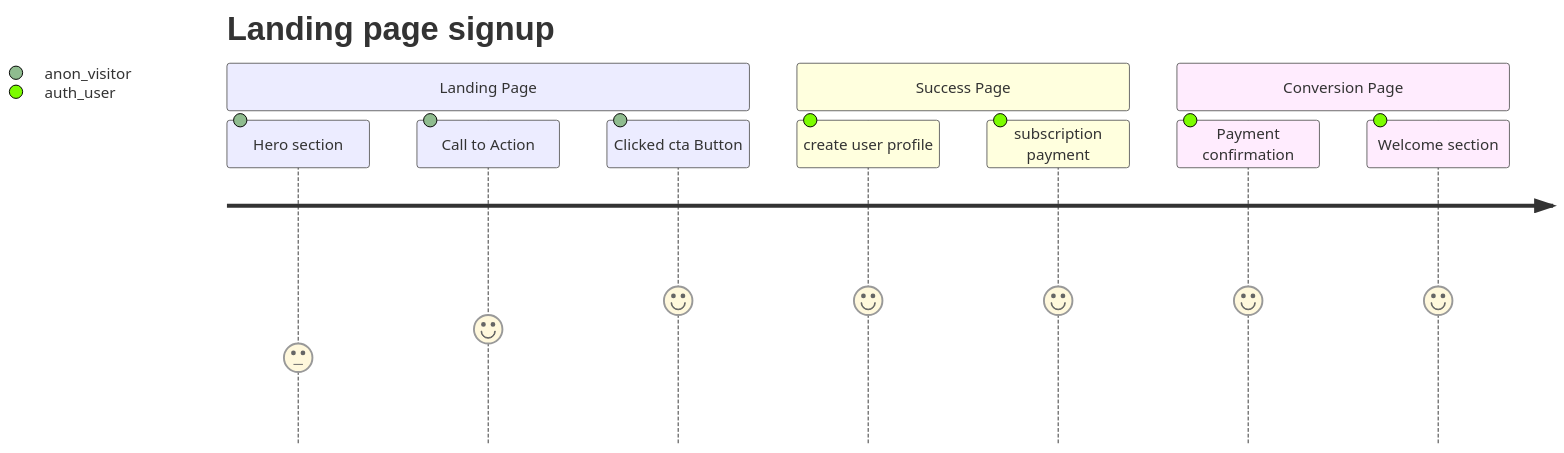
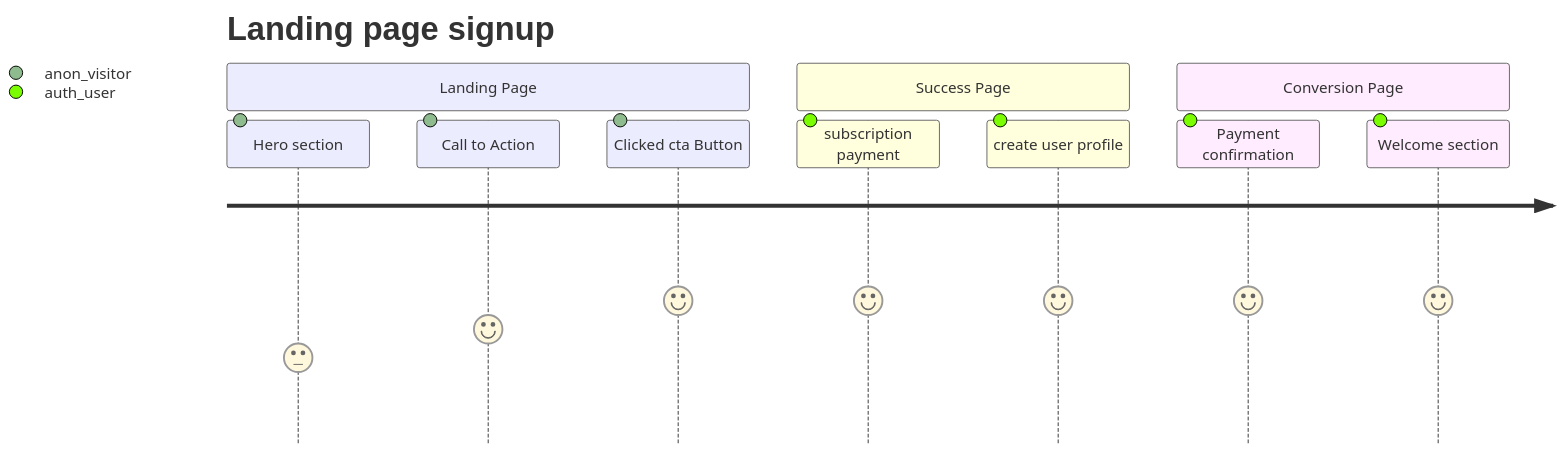
The second of 3 diagrams in README.md (WrappedUsername/doggy-decoder-jac), drawn with Mermaid before and after one commit. The commit also changed other lines of this file, not shown here.

````diff
--- a/README.md
+++ b/README.md
@@ -64,14 +64,14 @@
 ```mermaid
 journey
     title Landing page signup
     section Landing Page
         Hero section: 3: anon_visitor
         Call to Action: 4: anon_visitor
         Clicked cta Button: 5: anon_visitor
     section Success Page
+        subscription payment: 5: auth_user
         create user profile: 5: auth_user
-        subscription payment: 5: auth_user
     section Conversion Page
         Payment confirmation: 5: auth_user
         Welcome section: 5: auth_user 
 ```
````
